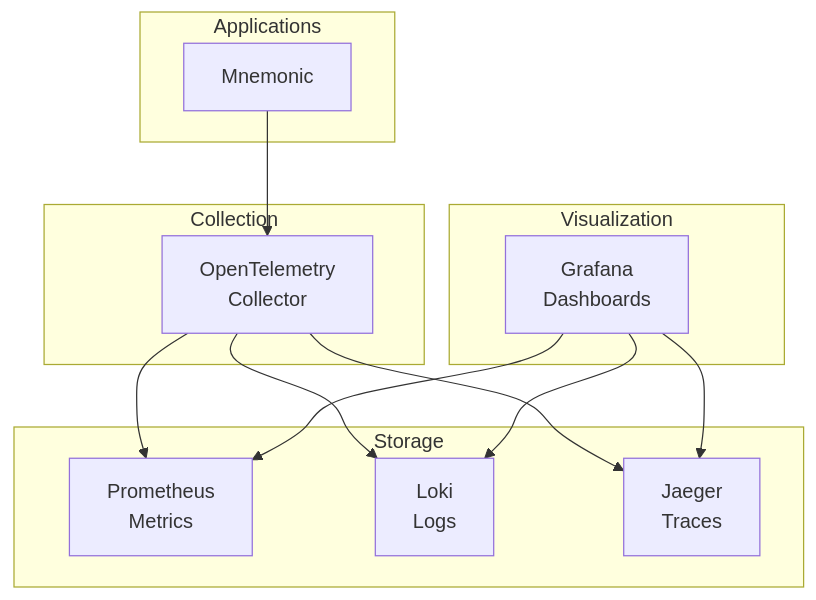
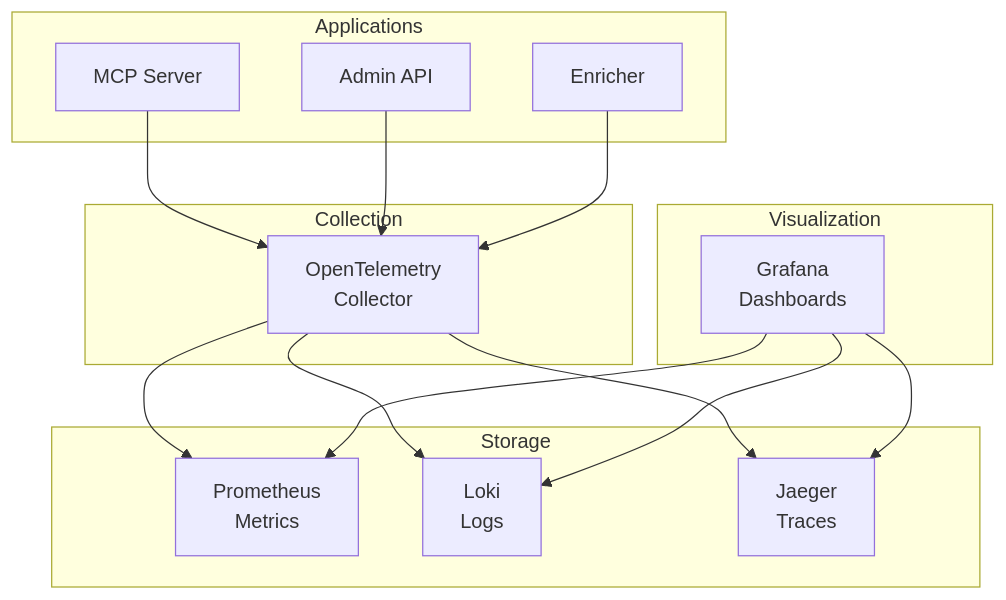
Before and after one commit to twistingmercury/mnemonic-docs: the third of 3 diagrams in docs/architecture/system/07-observability-architecture.md, drawn with Mermaid. The commit also changed other lines of this file and 1 other file, not shown here.

Commit message:
docs: fix observability and security architecture for three-service topology

````diff
--- a/docs/architecture/system/07-observability-architecture.md
+++ b/docs/architecture/system/07-observability-architecture.md
@@ -256,28 +277,32 @@
 ```mermaid
 graph TB
     subgraph Apps["Applications"]
-        MN[Mnemonic]
+        MCP[MCP Server]
+        API[Admin API]
+        ENR[Enricher]
     end
 
     subgraph Collection["Collection"]
         OTel[OpenTelemetry<br/>Collector]
     end
 
     subgraph Storage["Storage"]
         Prom[Prometheus<br/>Metrics]
         Loki[Loki<br/>Logs]
         Jaeger[Jaeger<br/>Traces]
     end
 
     subgraph Viz["Visualization"]
         Grafana[Grafana<br/>Dashboards]
     end
 
-    MN --> OTel
+    MCP --> OTel
+    API --> OTel
+    ENR --> OTel
     OTel --> Prom
     OTel --> Loki
     OTel --> Jaeger
     Grafana --> Prom
     Grafana --> Loki
     Grafana --> Jaeger
 ```
````
